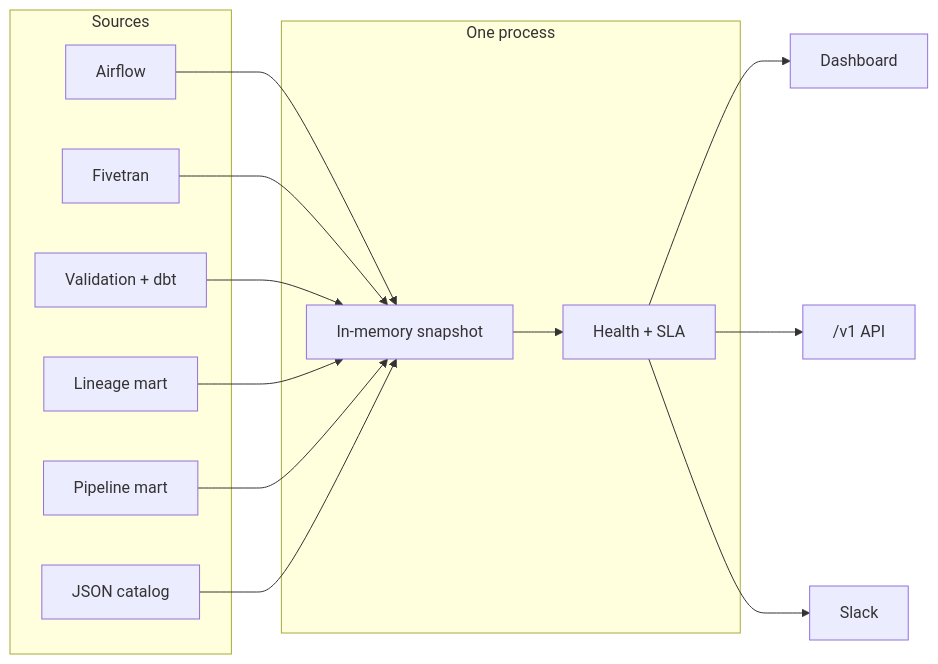
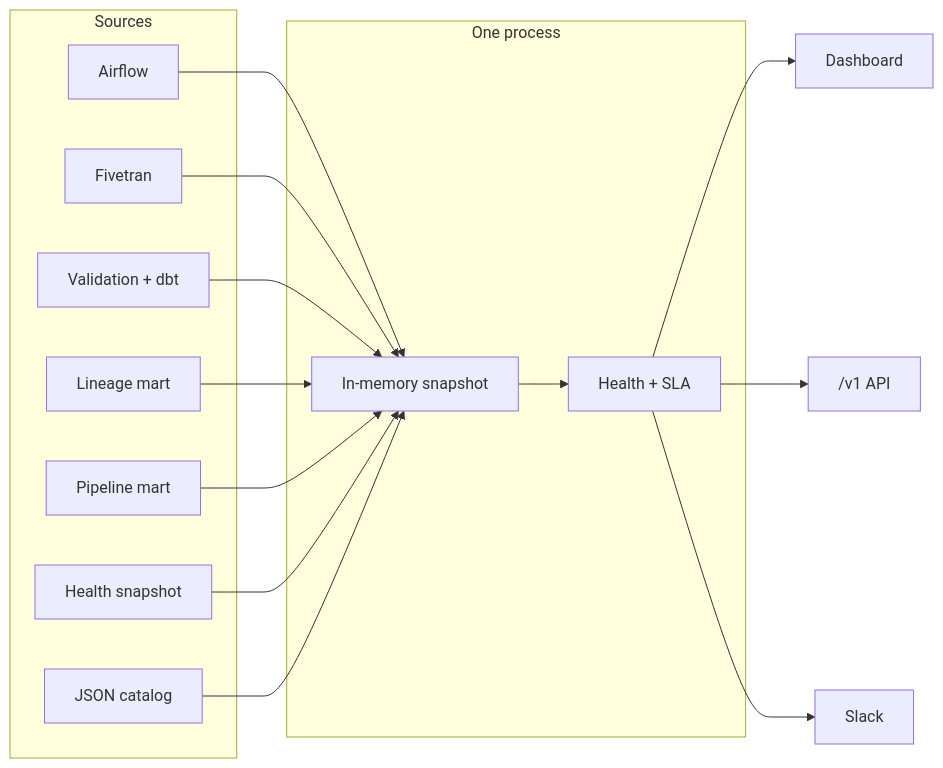
The diagram in README.md (redhat-data-and-ai/inorbit), drawn with Mermaid before and after one commit. The commit also changed other lines of this file and 8 other files, not shown here.

````diff
--- a/README.md
+++ b/README.md
@@ -7,25 +7,27 @@
 ```mermaid
 flowchart LR
   subgraph sources [Sources]
     AF[Airflow]
     FT[Fivetran]
     Q[Validation + dbt]
     L[Lineage mart]
     P[Pipeline mart]
+    H[Health snapshot]
     C[JSON catalog]
   end
   subgraph inorbit [One process]
     S[In-memory snapshot]
     E[Health + SLA]
   end
   AF --> S
   FT --> S
   Q --> S
   L --> S
   P --> S
+  H --> S
   C --> S
   S --> E
   E --> UI[Dashboard]
   E --> API["/v1 API"]
   E --> SL[Slack]
 ```
````
